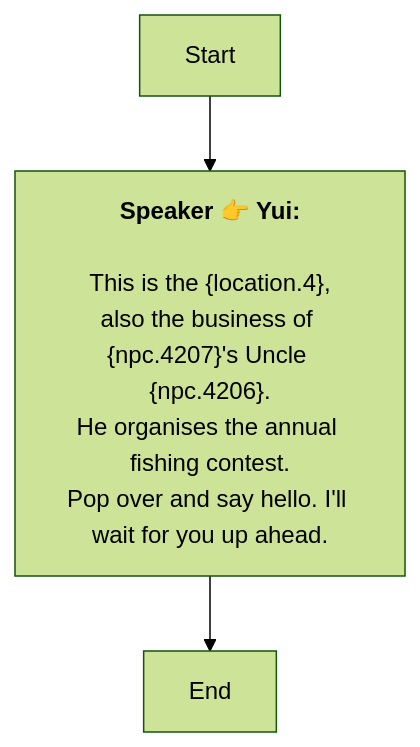
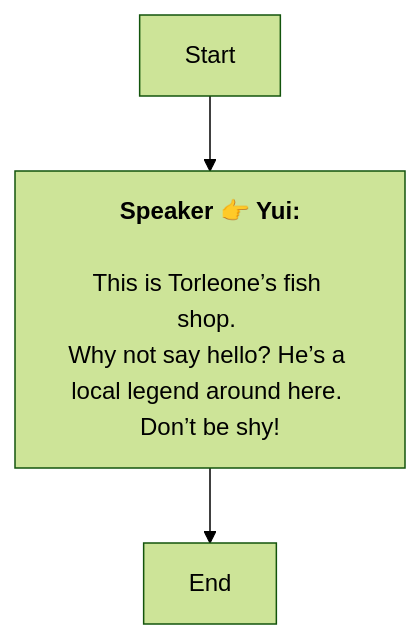
The diagram in En/QuestStartTalkENode_1741757843185991.md (SoftHu/tos_avg), drawn with Mermaid (forest theme) before and after one commit. The commit also changed 228 other files, not shown here.

````diff
--- a/En/QuestStartTalkENode_1741757843185991.md
+++ b/En/QuestStartTalkENode_1741757843185991.md
@@ -1,11 +1,10 @@
 ```mermaid
 graph
 Start -->1741757865484618[<b>Speaker 👉 Yui:</b>
 
-This is the &lbrace;location.4&rbrace;,
-also the business of &lbrace;npc.4207&rbrace;'s Uncle &lbrace;npc.4206&rbrace;.
-He organises the annual fishing contest.
-Pop over and say hello. I'll wait for you up ahead.]
+This is Torleone’s fish shop. 
+Why not say hello? He’s a local legend around here. 
+Don’t be shy!]
 1741757865484618 -->1741757936613707[End]
 
  ```
````
